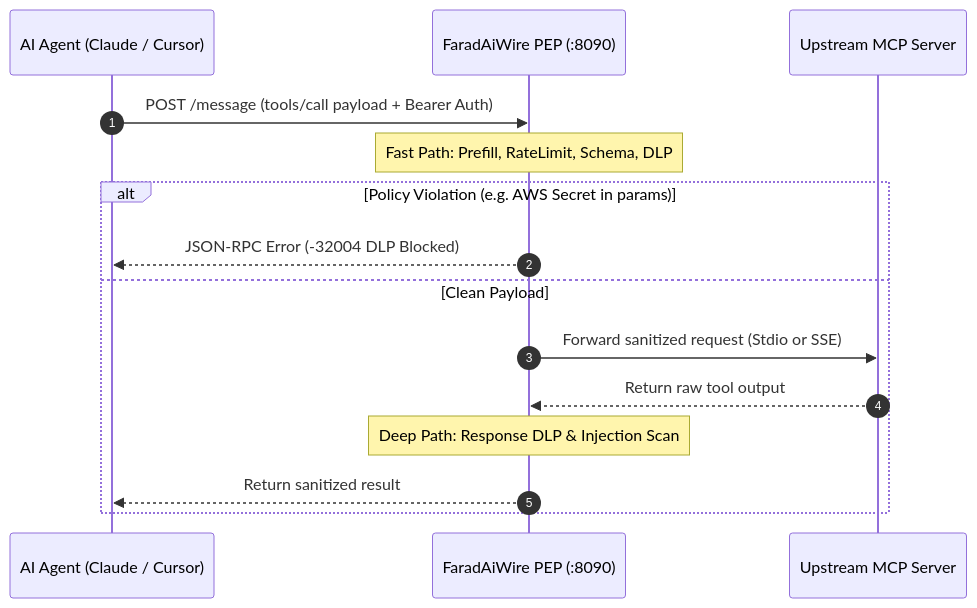
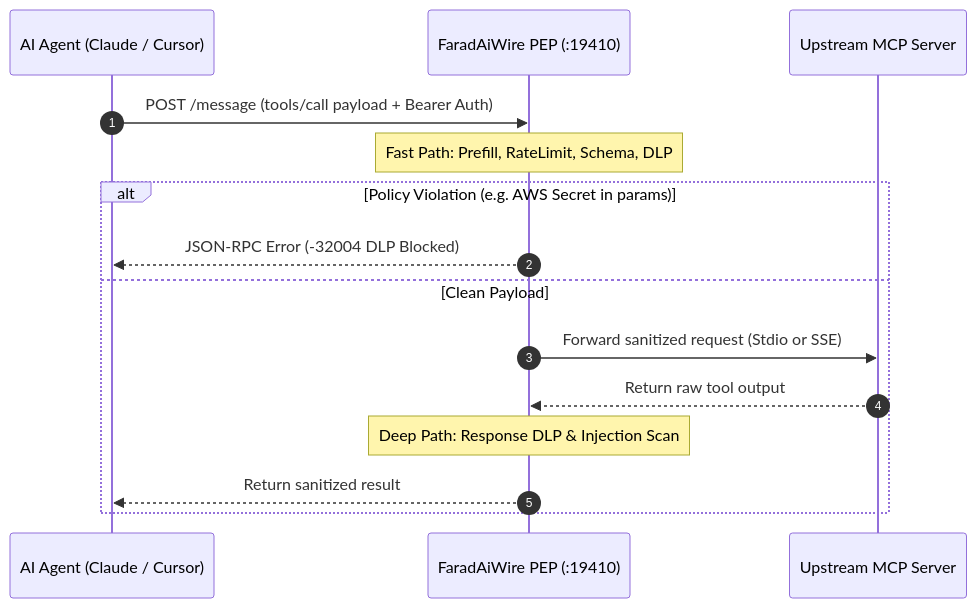
One commit to FaradAiLab/FaradAiWire changed the diagram in docs/01-getting-started/agent-setup.md. Above: the diagram before and after it, drawn with Mermaid. The commit also changed other lines of this file and 72 other files, not shown here.

````diff
--- a/docs/01-getting-started/agent-setup.md
+++ b/docs/01-getting-started/agent-setup.md
@@ -10,18 +10,18 @@
 ```mermaid
 sequenceDiagram
     autonumber
     participant Agent as AI Agent (Claude / Cursor)
-    participant PEP as FaradAiWire PEP (:8090)
+    participant PEP as FaradAiWire PEP (:19410)
     participant Tool as Upstream MCP Server
     
     Agent->>PEP: POST /message (tools/call payload + Bearer Auth)
     Note over PEP: Fast Path: Prefill, RateLimit, Schema, DLP
     alt Policy Violation (e.g. AWS Secret in params)
         PEP-->>Agent: JSON-RPC Error (-32004 DLP Blocked)
     else Clean Payload
         PEP->>Tool: Forward sanitized request (Stdio or SSE)
         Tool-->>PEP: Return raw tool output
         Note over PEP: Deep Path: Response DLP & Injection Scan
         PEP-->>Agent: Return sanitized result
     end
 ```
````
